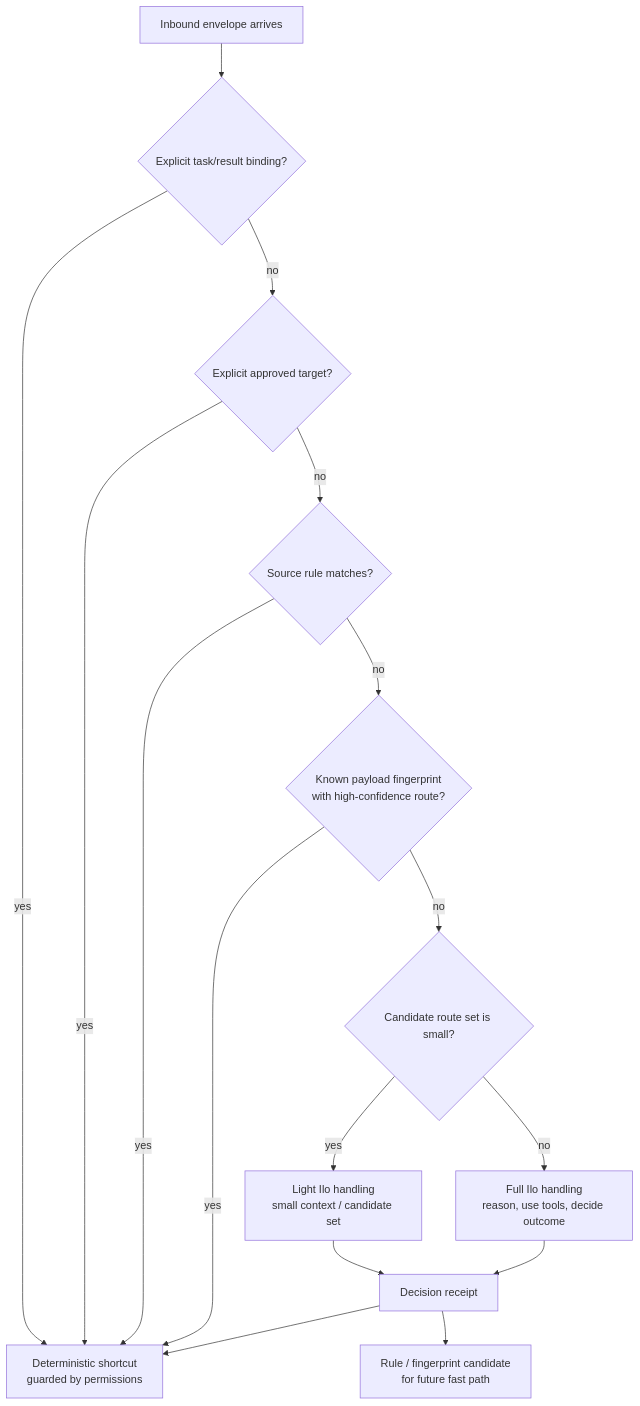
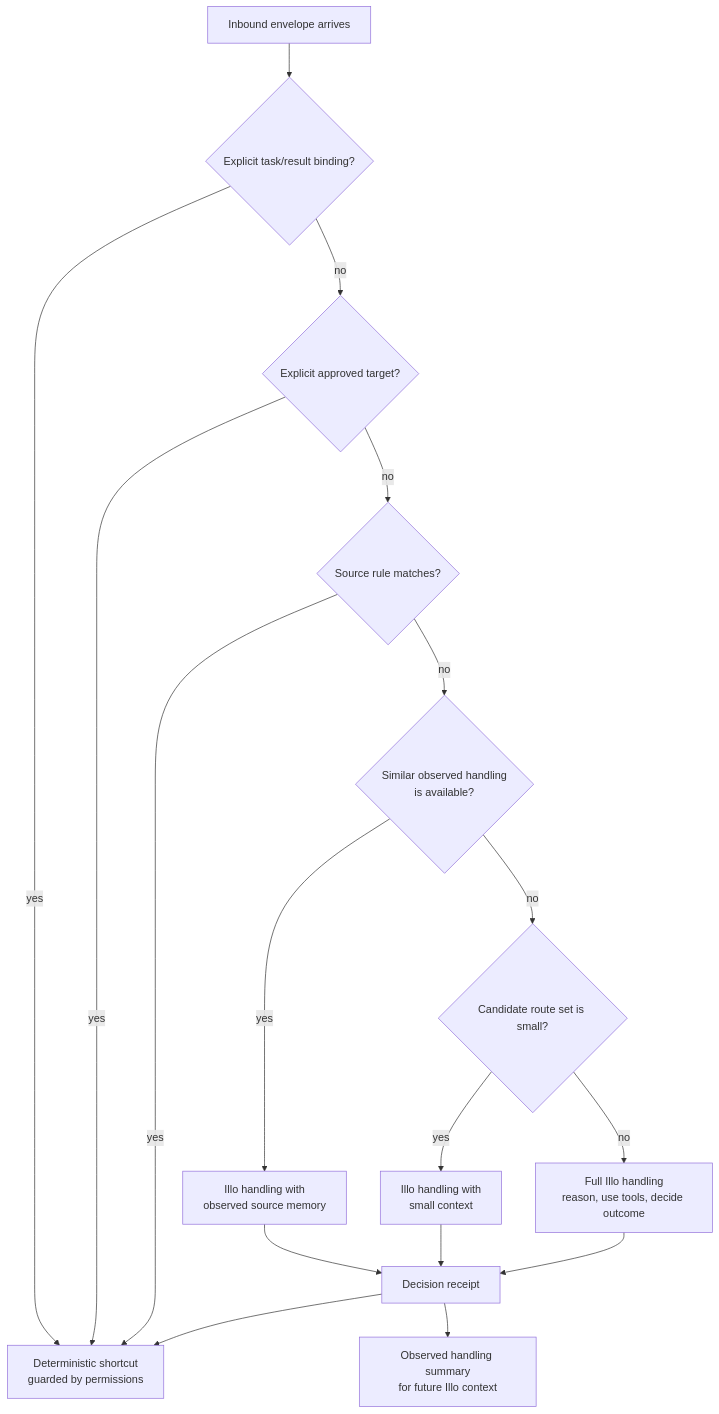
Before and after one commit to Illospace/illospace: the sixth of 7 diagrams in docs/prd-inbound-coordination-layer.md, drawn with Mermaid. The commit also changed other lines of this file and 2 other files, not shown here.

````diff
--- a/docs/prd-inbound-coordination-layer.md
+++ b/docs/prd-inbound-coordination-layer.md
@@ -627,18 +659,19 @@
 ```mermaid
 flowchart TD
     A["Inbound envelope arrives"] --> B{"Explicit task/result binding?"}
     B -->|"yes"| X["Deterministic shortcut<br/>guarded by permissions"]
     B -->|"no"| C{"Explicit approved target?"}
     C -->|"yes"| X
     C -->|"no"| D{"Source rule matches?"}
     D -->|"yes"| X
-    D -->|"no"| E{"Known payload fingerprint<br/>with high-confidence route?"}
-    E -->|"yes"| X
+    D -->|"no"| E{"Similar observed handling<br/>is available?"}
+    E -->|"yes"| G["Illo handling with<br/>observed source memory"]
     E -->|"no"| F{"Candidate route set is small?"}
-    F -->|"yes"| G["Light Ilo handling<br/>small context / candidate set"]
-    F -->|"no"| H["Full Ilo handling<br/>reason, use tools, decide outcome"]
+    F -->|"yes"| K["Illo handling with<br/>small context"]
+    F -->|"no"| H["Full Illo handling<br/>reason, use tools, decide outcome"]
     G --> I["Decision receipt"]
+    K --> I
     H --> I
     I --> X
-    I --> J["Rule / fingerprint candidate<br/>for future fast path"]
+    I --> J["Observed handling summary<br/>for future Illo context"]
 ```
````
